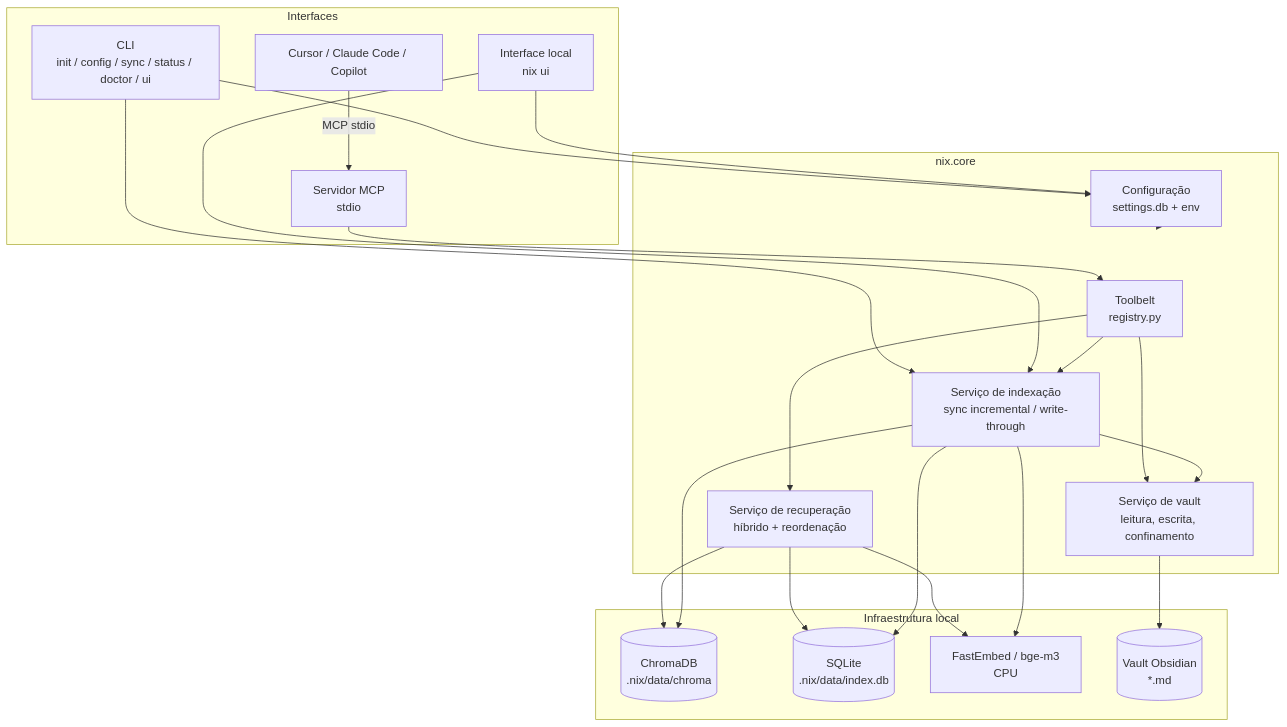
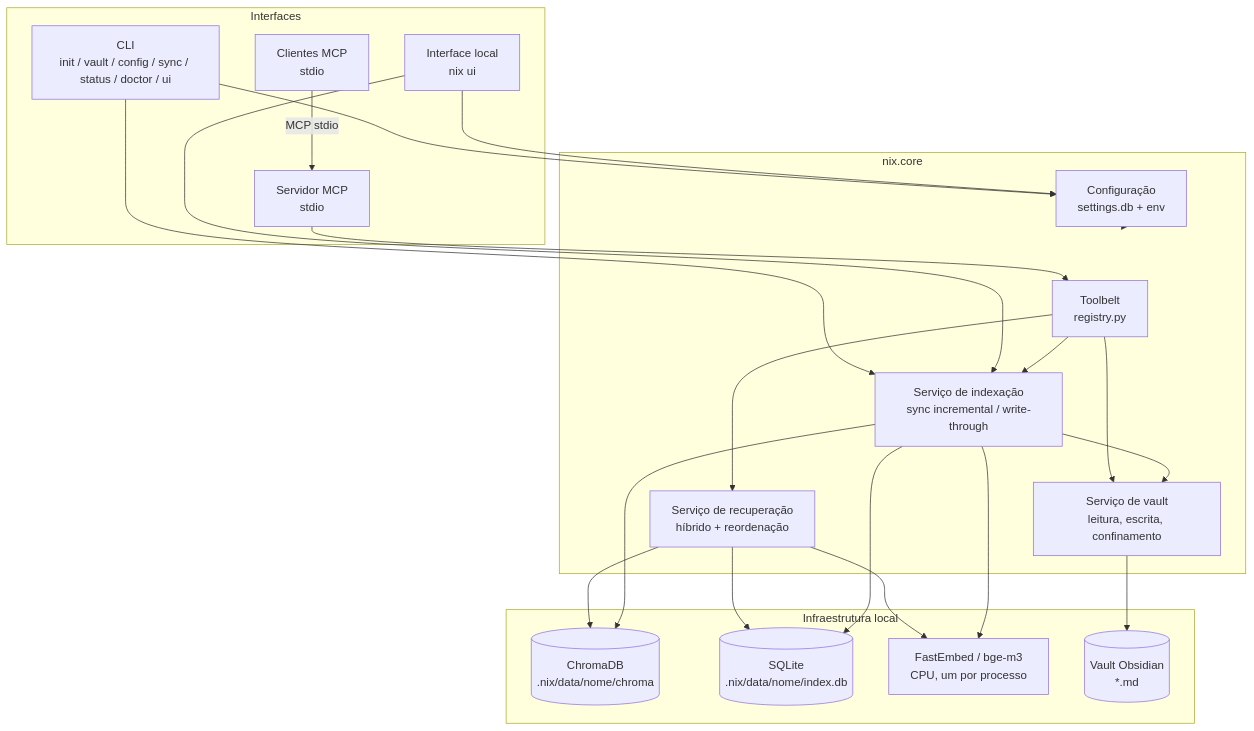
The first of 4 diagrams in TDD.md (paulocesaaars/nix), drawn with Mermaid before and after one commit. The commit also changed other lines of this file and 76 other files, not shown here.

````diff
--- a/TDD.md
+++ b/TDD.md
@@ -40,43 +40,43 @@
 ```mermaid
 graph TB
     subgraph Interfaces
-        Client["Cursor / Claude Code / Copilot"]
-        CLI["CLI<br/>init / config / sync / status / doctor / ui"]
+        Client["Clientes MCP<br/>stdio"]
+        CLI["CLI<br/>init / vault / config / sync / status / doctor / ui"]
         UI["Interface local<br/>nix ui"]
         MCP["Servidor MCP<br/>stdio"]
     end
 
     subgraph Core["nix.core"]
         TOOLS["Toolbelt<br/>registry.py"]
         RAG["Serviço de recuperação<br/>híbrido + reordenação"]
         IDX["Serviço de indexação<br/>sync incremental / write-through"]
         VAULT["Serviço de vault<br/>leitura, escrita, confinamento"]
         CFG["Configuração<br/>settings.db + env"]
     end
 
     subgraph Infra["Infraestrutura local"]
-        CHROMA[("ChromaDB<br/>.nix/data/chroma")]
-        SQLITE[("SQLite<br/>.nix/data/index.db")]
-        EMB["FastEmbed / bge-m3<br/>CPU"]
+        CHROMA[("ChromaDB<br/>.nix/data/nome/chroma")]
+        SQLITE[("SQLite<br/>.nix/data/nome/index.db")]
+        EMB["FastEmbed / bge-m3<br/>CPU, um por processo"]
         FS[("Vault Obsidian<br/>*.md")]
     end
 
     Client -->|"MCP stdio"| MCP
     CLI --> CFG
     CLI --> IDX
     UI --> CFG
     UI --> IDX
     MCP --> TOOLS
     TOOLS --> RAG
     TOOLS --> VAULT
     TOOLS --> IDX
     RAG --> CHROMA
     RAG --> SQLITE
     RAG --> EMB
     IDX --> CHROMA
     IDX --> SQLITE
     IDX --> EMB
     IDX --> VAULT
     VAULT --> FS
     CFG -.-> Core
 ```
````
